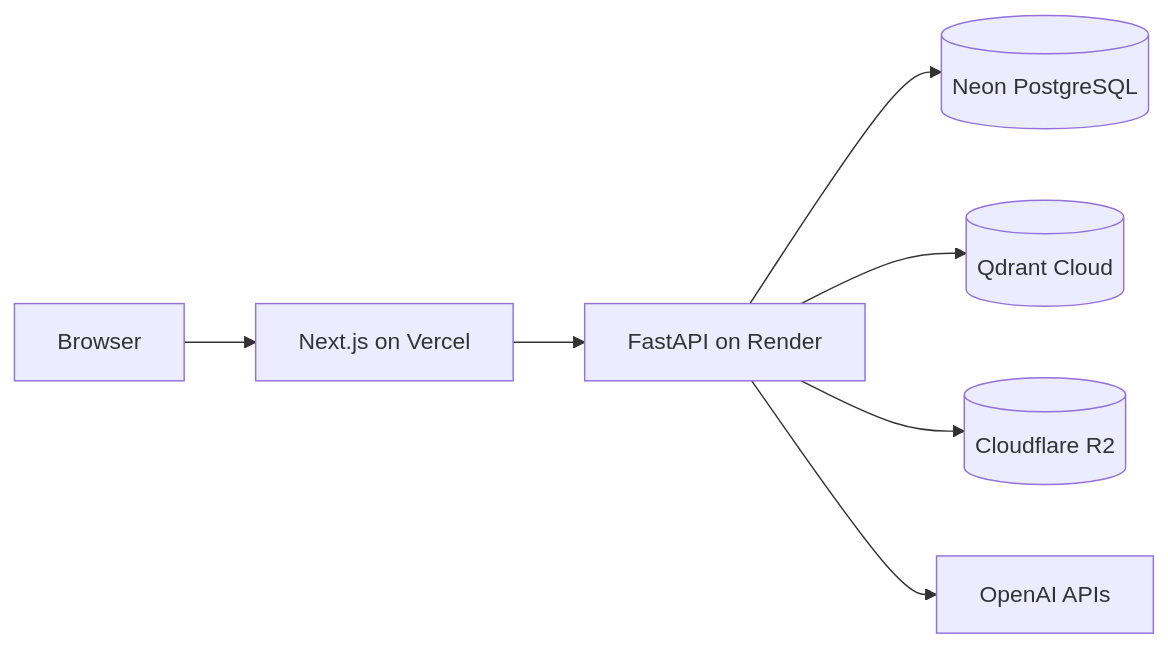
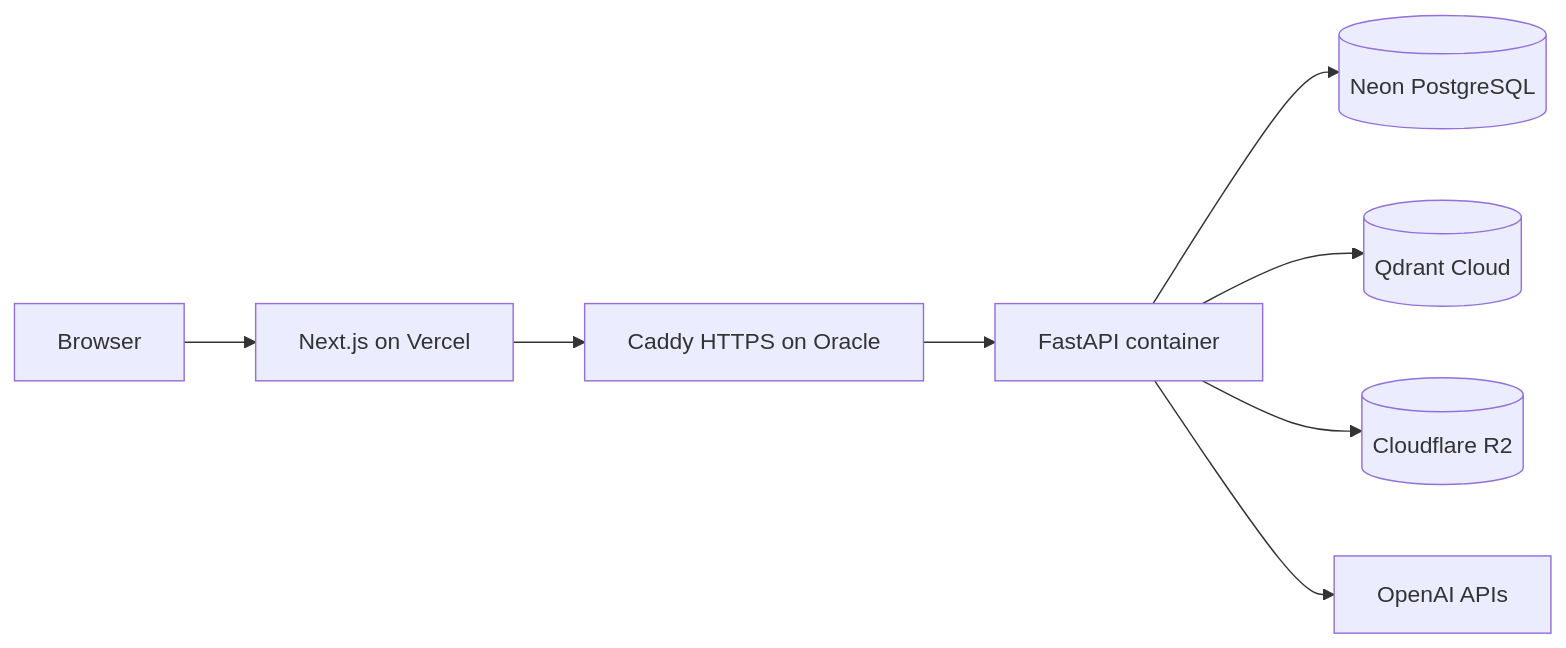
The diagram in DEPLOYMENT.md (Vishnu-Murti-Pandey/Documind), drawn with Mermaid before and after one commit. The commit also changed other lines of this file and 3 other files, not shown here.

Commit message:
replace Render deployment with Oracle Cloud

````diff
--- a/DEPLOYMENT.md
+++ b/DEPLOYMENT.md
@@ -9,9 +9,10 @@
 ```mermaid
 flowchart LR
     Browser --> Vercel[Next.js on Vercel]
-    Vercel --> Render[FastAPI on Render]
-    Render --> Neon[(Neon PostgreSQL)]
-    Render --> Qdrant[(Qdrant Cloud)]
-    Render --> R2[(Cloudflare R2)]
-    Render --> OpenAI[OpenAI APIs]
+    Vercel --> Caddy[Caddy HTTPS on Oracle]
+    Caddy --> API[FastAPI container]
+    API --> Neon[(Neon PostgreSQL)]
+    API --> Qdrant[(Qdrant Cloud)]
+    API --> R2[(Cloudflare R2)]
+    API --> OpenAI[OpenAI APIs]
 ```
````
